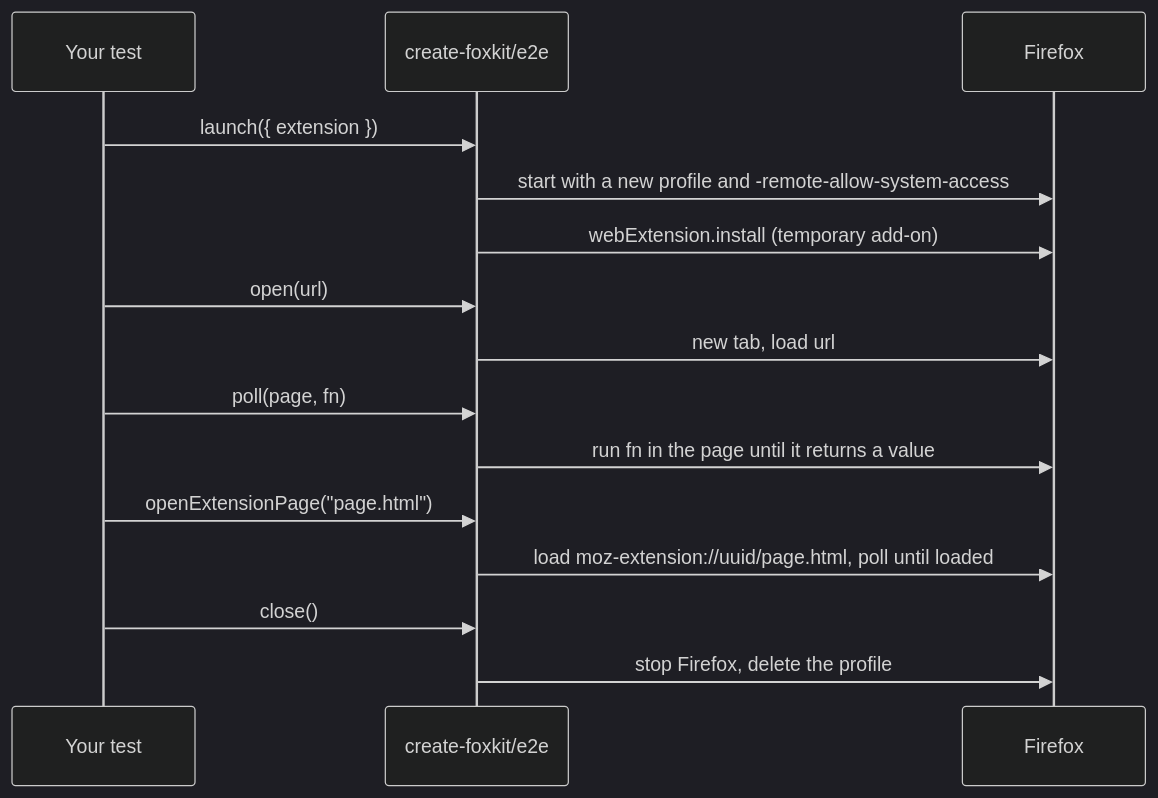
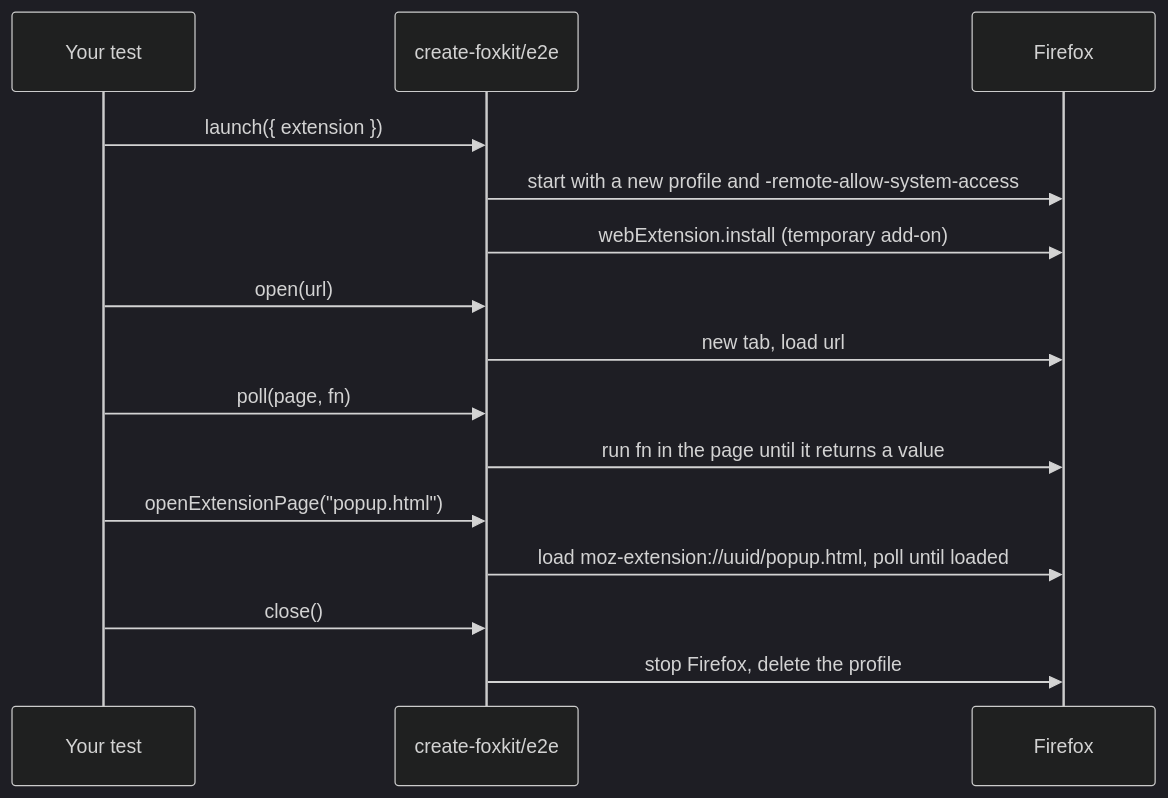
One commit to pooriaarab/foxkit changed the second of 3 diagrams in README.md. Above: the diagram before and after it, drawn with Mermaid (dark theme). The commit also changed other lines of this file and 18 other files, not shown here.

````diff
--- a/README.md
+++ b/README.md
@@ -105,17 +109,17 @@
 ```mermaid
 sequenceDiagram
   participant T as Your test
   participant H as create-foxkit/e2e
   participant F as Firefox
   T->>H: launch({ extension })
   H->>F: start with a new profile and -remote-allow-system-access
   H->>F: webExtension.install (temporary add-on)
   T->>H: open(url)
   H->>F: new tab, load url
   T->>H: poll(page, fn)
   H->>F: run fn in the page until it returns a value
-  T->>H: openExtensionPage("page.html")
-  H->>F: load moz-extension://uuid/page.html, poll until loaded
+  T->>H: openExtensionPage("popup.html")
+  H->>F: load moz-extension://uuid/popup.html, poll until loaded
   T->>H: close()
   H->>F: stop Firefox, delete the profile
 ```
````
